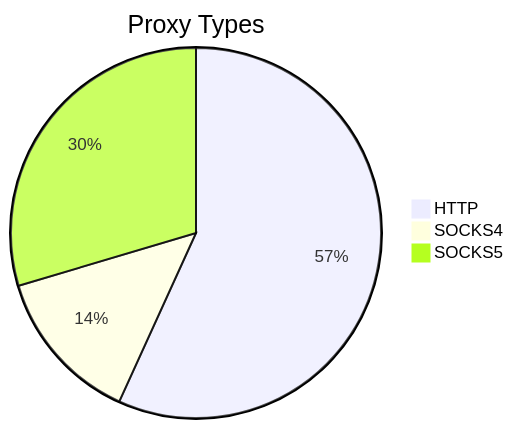
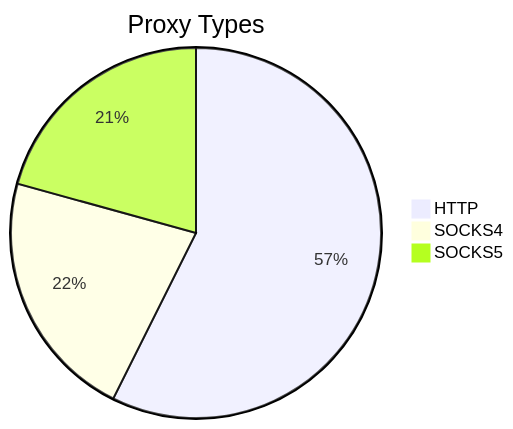
Before and after one commit to stormsia/proxy-list: the first of 2 diagrams in README.md, drawn with Mermaid. The commit also changed other lines of this file, not shown here.

````diff
--- a/README.md
+++ b/README.md
@@ -21,6 +21,6 @@
 ```mermaid
 pie title Proxy Types
-    "HTTP" : 213
-    "SOCKS4" : 51
-    "SOCKS5" : 111
+    "HTTP" : 424
+    "SOCKS4" : 162
+    "SOCKS5" : 153
 ```
````
